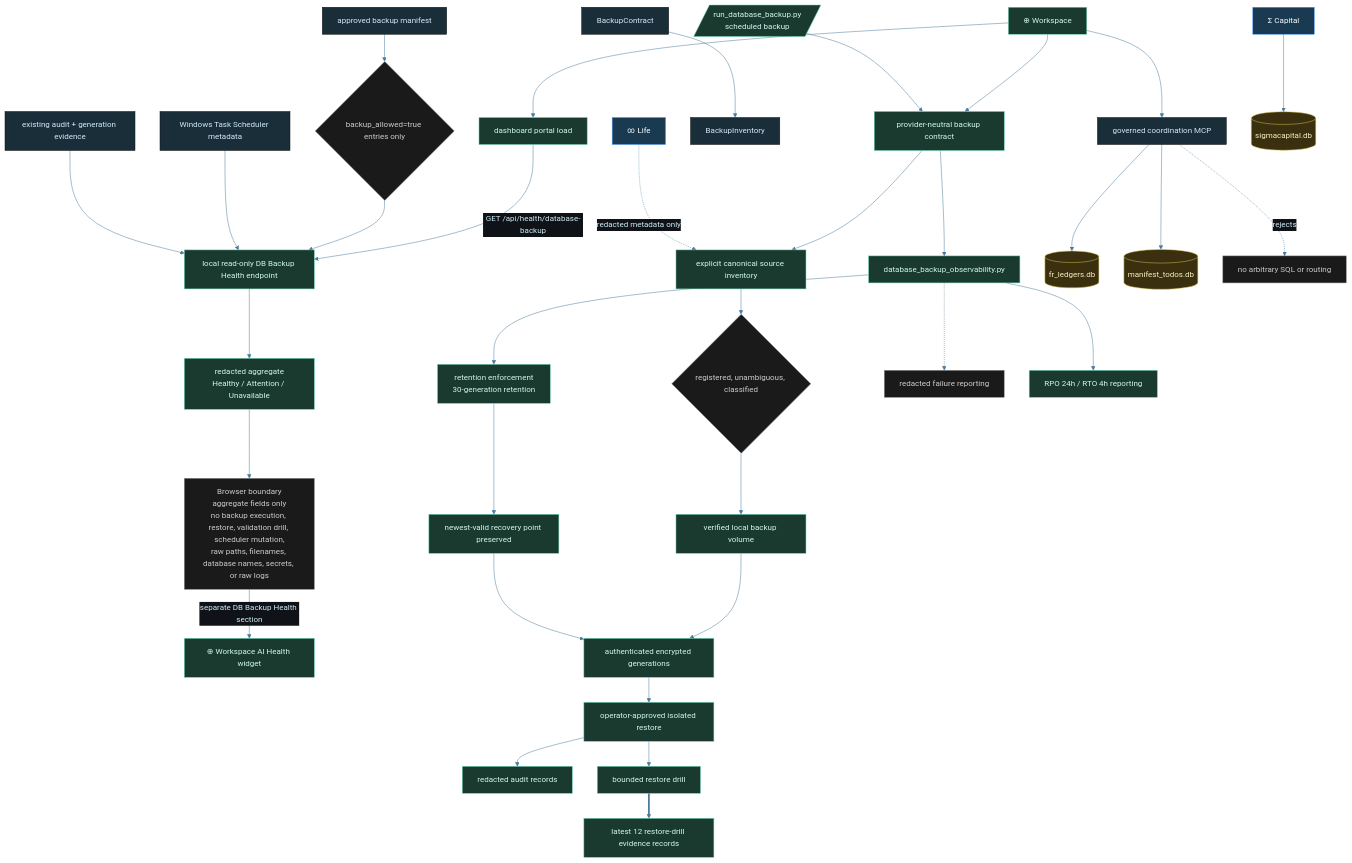
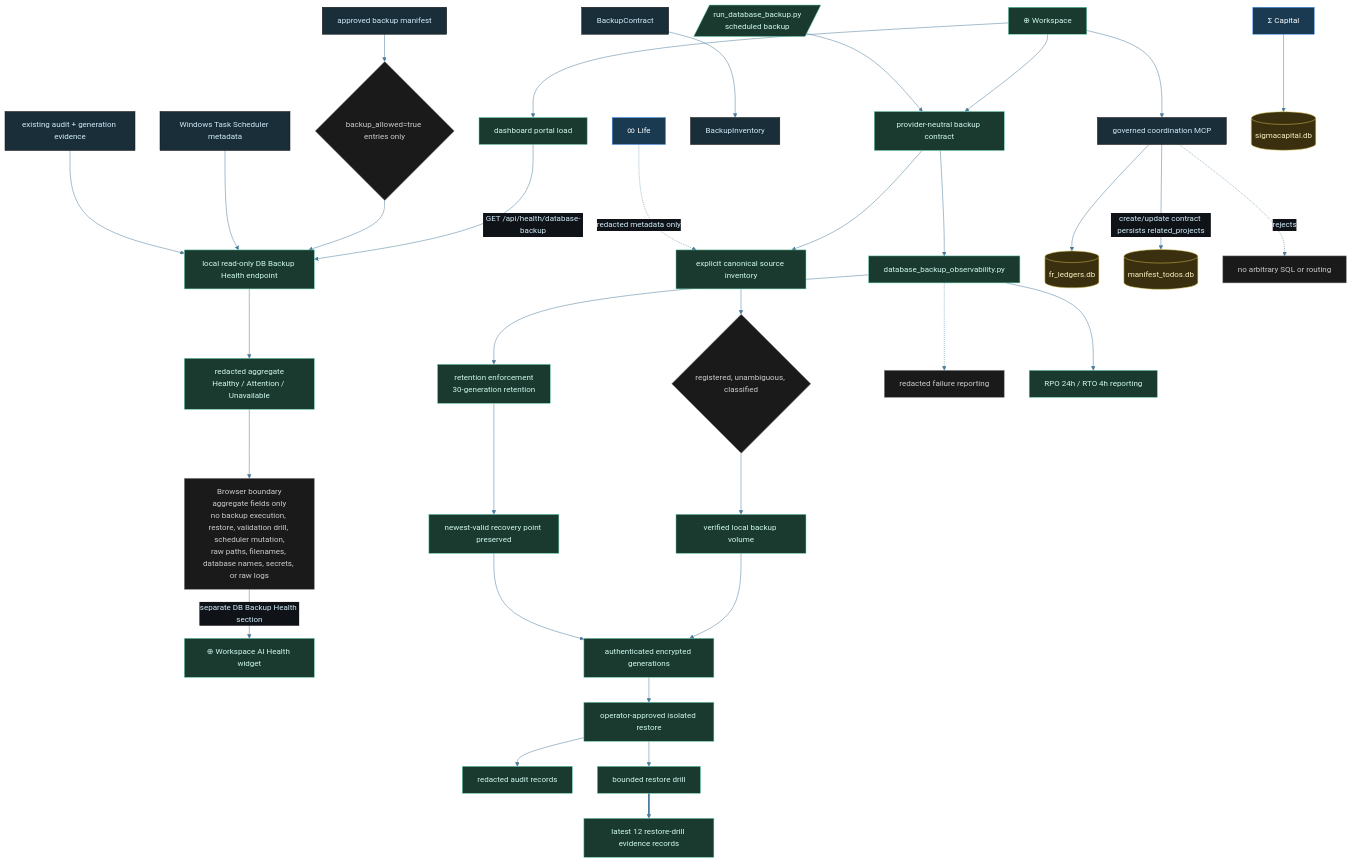
The diagram in diagrams/workspace-derived-backup-and-coordination.mmd (tylerdrakemusic/-Workspace), drawn with Mermaid before and after one commit. The commit also changed 3 other files, not shown here.

Commit message:
⊕ workspace: repair executive brief integration diagrams

```diff
--- a/diagrams/workspace-derived-backup-and-coordination.mmd
+++ b/diagrams/workspace-derived-backup-and-coordination.mmd
@@ -1,44 +1,44 @@
 %%{init: {'theme': 'base', 'themeVariables': {'primaryColor': '#1a2e3a', 'primaryTextColor': '#d0ecf8', 'edgeLabelBackground': '#0f1318', 'lineColor': '#4a7a9a'}}}%%
 %% is_derived_view=true
 %% Traceability.parent: diagrams/workspace-integrations.mmd
 graph TB
     Workspace[⊕ Workspace] --> Backup[provider-neutral backup contract]
     Workspace --> PortalLoad[dashboard portal load]
     PortalLoad -->|"GET /api/health/database-backup"| BackupHealthEndpoint[local read-only DB Backup Health endpoint]
     ApprovedManifest[approved backup manifest] --> AllowedBackupEntries{backup_allowed=true entries only}
     AllowedBackupEntries --> BackupHealthEndpoint
     TaskMetadata[Windows Task Scheduler metadata] --> BackupHealthEndpoint
     AuditGeneration[existing audit + generation evidence] --> BackupHealthEndpoint
     BackupHealthEndpoint --> BackupHealthProjection[redacted aggregate<br/>Healthy / Attention / Unavailable]
     BackupHealthProjection --> BrowserBoundary[Browser boundary<br/>aggregate fields only<br/>no backup execution, restore, validation drill, scheduler mutation,<br/>raw paths, filenames, database names, secrets, or raw logs]
     BrowserBoundary -->|"separate DB Backup Health section"| AIHealthWidget[⊕ Workspace AI Health widget]
     BackupRunner[/run_database_backup.py<br/>scheduled backup/] --> Backup
     Backup --> Observability[database_backup_observability.py]
     BackupContract --> BackupInventory
     Backup --> Inventory[explicit canonical source inventory]
     Inventory --> Discovery{registered, unambiguous, classified}
     Discovery --> Volume[verified local backup volume]
     Volume --> Generations[authenticated encrypted generations]
     Generations --> Restore[operator-approved isolated restore]
     Restore --> Audit[redacted audit records]
     Observability --> Retention[retention enforcement<br/>30-generation retention]
     Retention --> NewestValid[newest-valid recovery point preserved]
     NewestValid --> Generations
     Observability -.-> Failure[redacted failure reporting]
     Restore --> Drill[bounded restore drill]
     Drill ==> Evidence[latest 12 restore-drill evidence records]
     Observability --> Objectives[RPO 24h / RTO 4h reporting]
     Workspace --> Coord[governed coordination MCP]
     Coord --> FRLedger[(fr_ledgers.db)]
-    Coord --> TodoDB[(manifest_todos.db)]
+    Coord -->|create/update contract persists related_projects| TodoDB[(manifest_todos.db)]
     Coord -.->|rejects| GenericSQL[no arbitrary SQL or routing]
     Life[∞ Life] -.->|redacted metadata only| Inventory
     Capital[Σ Capital] --> CapitalDB[(sigmacapital.db)]
     class Workspace,Backup,BackupRunner,Observability,Inventory,Volume,Generations,Restore,Audit,Retention,NewestValid,Drill,Evidence,Objectives,PortalLoad,BackupHealthEndpoint,BackupHealthProjection,AIHealthWidget ws
     class Life,Capital orch
     class Discovery,GenericSQL,Failure,AllowedBackupEntries,BrowserBoundary state
     class FRLedger,TodoDB,CapitalDB db
 classDef orch fill:#1a3a52,stroke:#4a9eff,color:#fff
 classDef ws fill:#1a3a30,stroke:#6ad4b4,color:#d0f8ee
 classDef state fill:#1a1a1a,stroke:#888888,color:#cccccc
 classDef db fill:#3a3010,stroke:#d4c050,color:#f8f0c0
```
